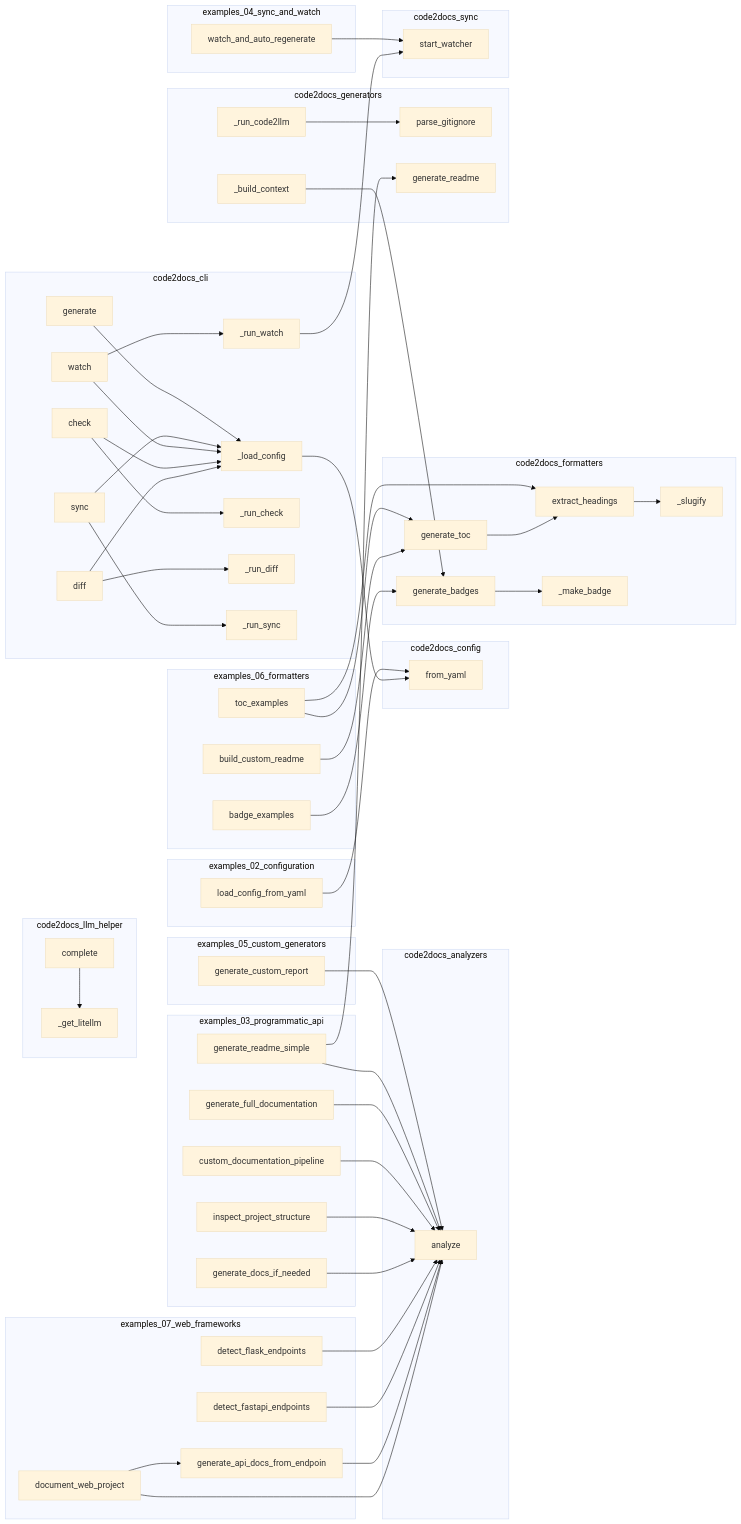
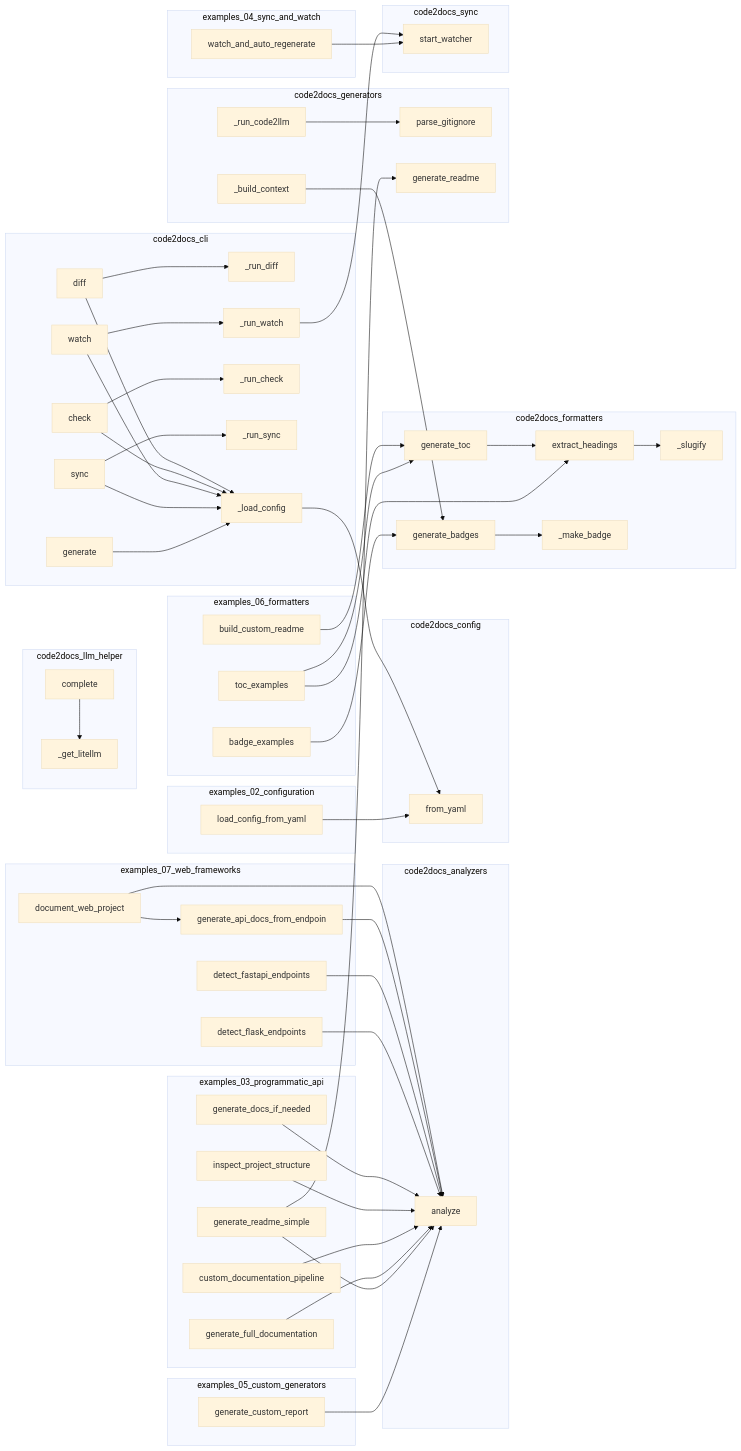
The diagram in project/calls.mmd (wronai/code2docs), drawn with Mermaid (base theme) before and after one commit. The commit also changed other lines of this file and 31 other files, not shown here.

```diff
--- a/project/calls.mmd
+++ b/project/calls.mmd
@@ -1,101 +1,101 @@
 flowchart LR
     subgraph code2docs_analyzers
         code2docs__analyze["analyze"]
     end
     subgraph code2docs_cli
+        code2docs__cli__generate["generate"]
+        code2docs__cli___run_diff["_run_diff"]
+        code2docs__cli__sync["sync"]
         code2docs__cli__check["check"]
-        code2docs__cli__sync["sync"]
-        code2docs__cli__diff["diff"]
-        code2docs__cli__generate["generate"]
         code2docs__cli__watch["watch"]
-        code2docs__cli___load_config["_load_config"]
         code2docs__cli___run_watch["_run_watch"]
         code2docs__cli___run_check["_run_check"]
-        code2docs__cli___run_diff["_run_diff"]
         code2docs__cli___run_sync["_run_sync"]
+        code2docs__cli___load_config["_load_config"]
+        code2docs__cli__diff["diff"]
     end
     subgraph code2docs_config
         code2docs__config__Code2DocsConfig__from_yaml["from_yaml"]
     end
     subgraph code2docs_formatters
+        code2docs__formatters__toc___slugify["_slugify"]
+        code2docs__formatters__toc__generate_toc["generate_toc"]
+        code2docs__formatters__toc__extract_headings["extract_headings"]
+        code2docs__formatters__badges___make_badge["_make_badge"]
         code2docs__formatters__badges__generate_badges["generate_badges"]
-        code2docs__formatters__toc__extract_headings["extract_headings"]
-        code2docs__formatters__toc__generate_toc["generate_toc"]
-        code2docs__formatters__badges___make_badge["_make_badge"]
-        code2docs__formatters__toc___slugify["_slugify"]
     end
     subgraph code2docs_generators
         code2docs___run_code2llm["_run_code2llm"]
+        code2docs___build_context["_build_context"]
         code2docs__parse_gitignore["parse_gitignore"]
-        code2docs___build_context["_build_context"]
         code2docs__generators__readme_gen__generate_readme["generate_readme"]
     end
     subgraph code2docs_llm_helper
+        code2docs__llm_helper__LLMHelper__complete["complete"]
         code2docs__llm_helper___get_litellm["_get_litellm"]
-        code2docs__llm_helper__LLMHelper__complete["complete"]
     end
     subgraph code2docs_sync
         code2docs__sync__watcher__start_watcher["start_watcher"]
     end
     subgraph examples_02_configuration
         examples__02_configuration__load_config_from_yaml["load_config_from_yaml"]
     end
     subgraph examples_03_programmatic_api
+        examples__generate_docs_if_needed["generate_docs_if_needed"]
+        examples__inspect_project_structure["inspect_project_structure"]
+        examples__custom_documentation_pipeline["custom_documentation_pipeline"]
+        examples__generate_full_documentation["generate_full_documentation"]
         examples__generate_readme_simple["generate_readme_simple"]
-        examples__generate_docs_if_needed["generate_docs_if_needed"]
-        examples__generate_full_documentation["generate_full_documentation"]
-        examples__custom_documentation_pipeline["custom_documentation_pipeline"]
-        examples__inspect_project_structure["inspect_project_structure"]
     end
     subgraph examples_04_sync_and_watch
         examples__watch_and_auto_regenerate["watch_and_auto_regenerate"]
     end
     subgraph examples_05_custom_generators
         examples__generate_custom_report["generate_custom_report"]
     end
     subgraph examples_06_formatters
         examples__06_formatters__toc_examples["toc_examples"]
+        examples__06_formatters__build_custom_readme["build_custom_readme"]
         examples__06_formatters__badge_examples["badge_examples"]
-        examples__06_formatters__build_custom_readme["build_custom_readme"]
     end
     subgraph examples_07_web_frameworks
-        examples__detect_flask_endpoints["detect_flask_endpoints"]
         examples__detect_fastapi_endpoints["detect_fastapi_endpoints"]
         examples__07_web_frameworks__document_web_project["document_web_project"]
         examples__generate_api_docs_from_endpoints["generate_api_docs_from_endpoin"]
+        examples__detect_flask_endpoints["detect_flask_endpoints"]
     end
     code2docs__llm_helper__LLMHelper__complete --> code2docs__llm_helper___get_litellm
     examples__watch_and_auto_regenerate --> code2docs__sync__watcher__start_watcher
     examples__generate_custom_report --> code2docs__analyze
     examples__06_formatters__badge_examples --> code2docs__formatters__badges__generate_badges
     examples__06_formatters__toc_examples --> code2docs__formatters__toc__generate_toc
     examples__06_formatters__toc_examples --> code2docs__formatters__toc__extract_headings
     examples__06_formatters__build_custom_readme --> code2docs__formatters__toc__generate_toc
     examples__generate_readme_simple --> code2docs__analyze
     examples__generate_readme_simple --> code2docs__generators__readme_gen__generate_readme
     examples__generate_full_documentation --> code2docs__analyze
     examples__custom_documentation_pipeline --> code2docs__analyze
     examples__inspect_project_structure --> code2docs__analyze
     examples__generate_docs_if_needed --> code2docs__analyze
     examples__detect_flask_endpoints --> code2docs__analyze
     examples__detect_fastapi_endpoints --> code2docs__analyze
     examples__generate_api_docs_from_endpoints --> code2docs__analyze
     examples__07_web_frameworks__document_web_project --> code2docs__analyze
     examples__07_web_frameworks__document_web_project --> examples__generate_api_docs_from_endpoints
     examples__02_configuration__load_config_from_yaml --> code2docs__config__Code2DocsConfig__from_yaml
     code2docs__formatters__badges__generate_badges --> code2docs__formatters__badges___make_badge
     code2docs__formatters__toc__generate_toc --> code2docs__formatters__toc__extract_headings
     code2docs__formatters__toc__extract_headings --> code2docs__formatters__toc___slugify
     code2docs___run_code2llm --> code2docs__parse_gitignore
     code2docs___build_context --> code2docs__formatters__badges__generate_badges
     code2docs__cli__generate --> code2docs__cli___load_config
     code2docs__cli__sync --> code2docs__cli___load_config
     code2docs__cli__sync --> code2docs__cli___run_sync
     code2docs__cli__watch --> code2docs__cli___load_config
     code2docs__cli__watch --> code2docs__cli___run_watch
     code2docs__cli__check --> code2docs__cli___load_config
     code2docs__cli__check --> code2docs__cli___run_check
     code2docs__cli__diff --> code2docs__cli___load_config
     code2docs__cli__diff --> code2docs__cli___run_diff
     code2docs__cli___load_config --> code2docs__config__Code2DocsConfig__from_yaml
     code2docs__cli___run_watch --> code2docs__sync__watcher__start_watcher
```
